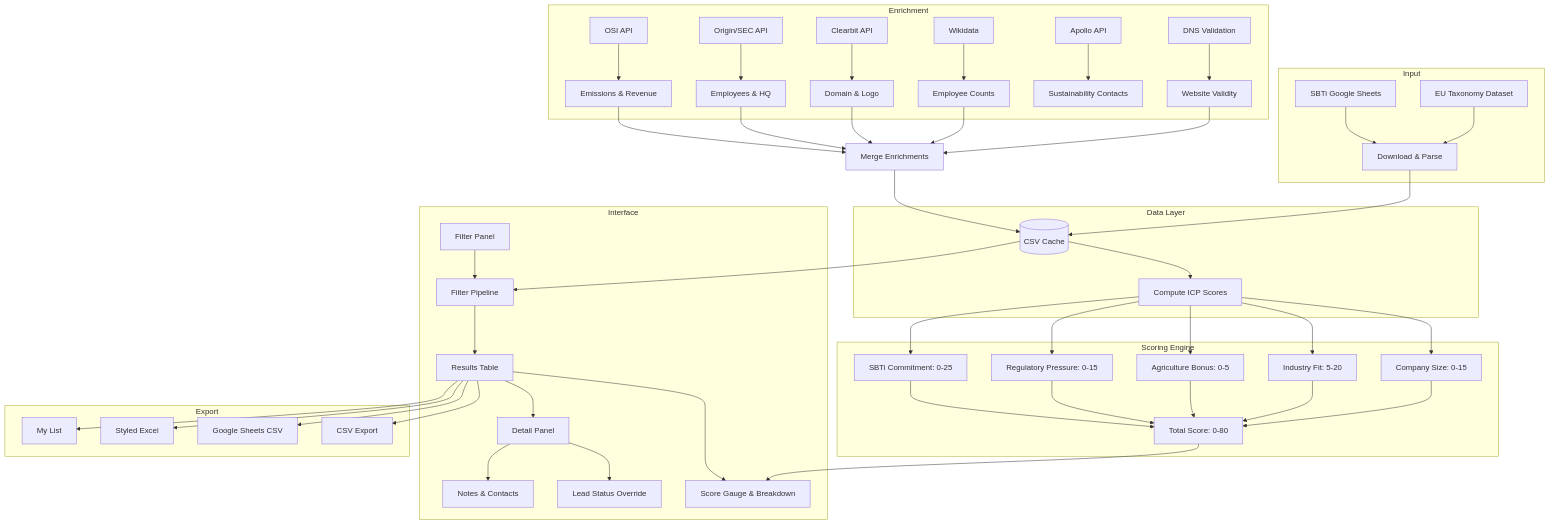
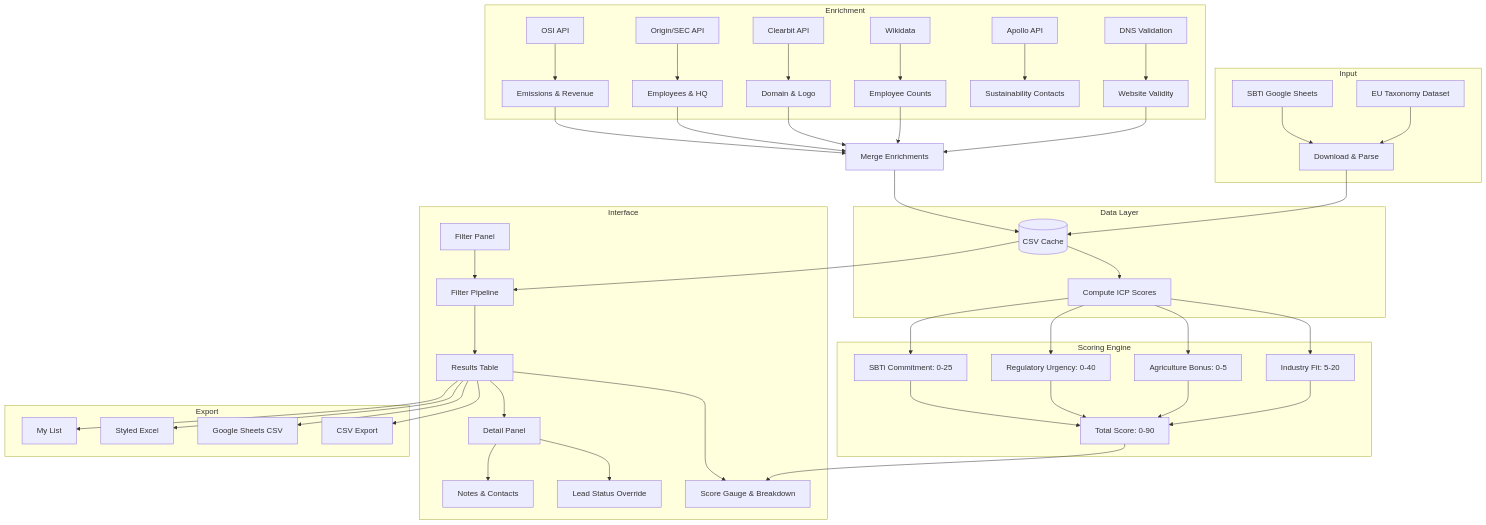
The diagram in README.md (kausxal/Lead-finder-icp-scoring-model), drawn with Mermaid before and after one commit. The commit also changed other lines of this file and 3 other files, not shown here.

First line of the commit message:
Implement new regulatory urgency scoring model

````diff
--- a/README.md
+++ b/README.md
@@ -19,59 +19,57 @@
 ```mermaid
 flowchart TB
     subgraph Input
         A[SBTi Google Sheets] --> B[Download & Parse]
         C[EU Taxonomy Dataset] --> B
     end
 
     subgraph "Data Layer"
         B --> D[(CSV Cache)]
         D --> E[Compute ICP Scores]
     end
 
     subgraph "Enrichment"
         F[OSI API] --> G[Emissions & Revenue]
         H[Origin/SEC API] --> I[Employees & HQ]
         J[Clearbit API] --> K[Domain & Logo]
         L[Wikidata] --> M[Employee Counts]
         N[Apollo API] --> O[Sustainability Contacts]
         P[DNS Validation] --> Q[Website Validity]
     end
 
     subgraph "Scoring Engine"
-        E --> R[Company Size: 0-15]
-        E --> S[Industry Fit: 5-20]
-        E --> T[Agriculture Bonus: 0-5]
-        E --> U[Regulatory Pressure: 0-15]
-        E --> V[SBTi Commitment: 0-25]
-        R --> W[Total Score: 0-80]
+        E --> R[Industry Fit: 5-20]
+        E --> S[Agriculture Bonus: 0-5]
+        E --> T[Regulatory Urgency: 0-40]
+        E --> U[SBTi Commitment: 0-25]
+        R --> W[Total Score: 0-90]
         S --> W
         T --> W
         U --> W
-        V --> W
     end
 
     subgraph "Interface"
         W --> X[Score Gauge & Breakdown]
         Y[Filter Panel] --> Z[Filter Pipeline]
         D --> Z
         Z --> AA[Results Table]
         AA --> X
         AA --> AB[Detail Panel]
         AB --> AC[Lead Status Override]
         AB --> AD[Notes & Contacts]
     end
 
     subgraph "Export"
         AA --> AE[CSV Export]
         AA --> AF[Google Sheets CSV]
         AA --> AG[Styled Excel]
         AA --> AH[My List]
     end
 
     G --> AI[Merge Enrichments]
     I --> AI
     K --> AI
     M --> AI
     Q --> AI
     AI --> D
 ```
````
